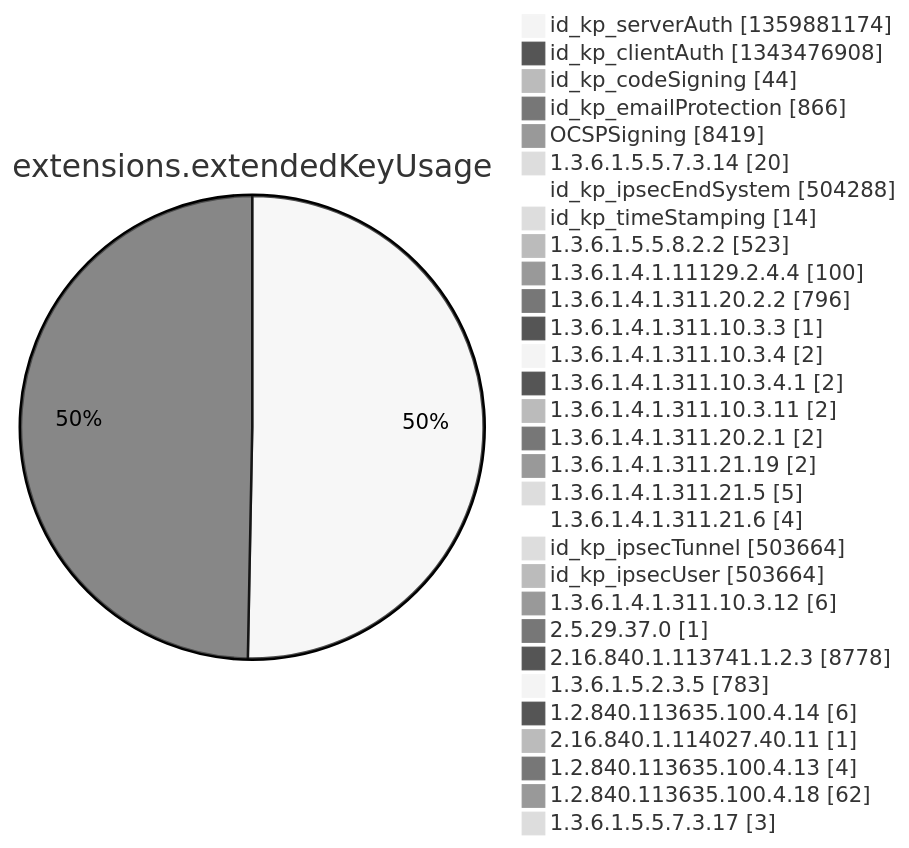
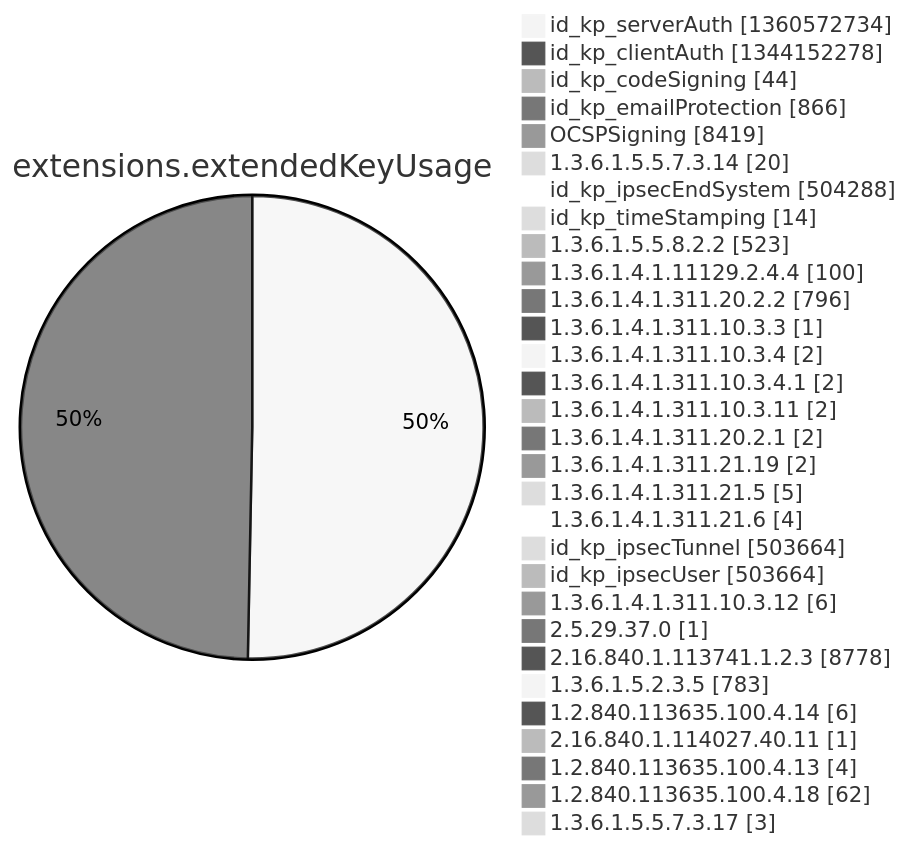
One commit to christiankrug/ctmonitor_visualization changed diagram 12 of 15 in argon2022/README.md. Above: the diagram before and after it, drawn with Mermaid (neutral theme). The commit also changed other lines of this file, not shown here.

````diff
--- a/argon2022/README.md
+++ b/argon2022/README.md
@@ -3553,34 +3553,34 @@
 ```mermaid
 pie showData
 title extensions.extendedKeyUsage
-"id_kp_serverAuth" :1359881174
-"id_kp_clientAuth" :1343476908
+"id_kp_serverAuth" :1360572734
+"id_kp_clientAuth" :1344152278
 "id_kp_codeSigning" :44
 "id_kp_emailProtection" :866
 "OCSPSigning" :8419
 "1.3.6.1.5.5.7.3.14" :20
 "id_kp_ipsecEndSystem" :504288
 "id_kp_timeStamping" :14
 "1.3.6.1.5.5.8.2.2" :523
 "1.3.6.1.4.1.11129.2.4.4" :100
 "1.3.6.1.4.1.311.20.2.2" :796
 "1.3.6.1.4.1.311.10.3.3" :1
 "1.3.6.1.4.1.311.10.3.4" :2
 "1.3.6.1.4.1.311.10.3.4.1" :2
 "1.3.6.1.4.1.311.10.3.11" :2
 "1.3.6.1.4.1.311.20.2.1" :2
 "1.3.6.1.4.1.311.21.19" :2
 "1.3.6.1.4.1.311.21.5" :5
 "1.3.6.1.4.1.311.21.6" :4
 "id_kp_ipsecTunnel" :503664
 "id_kp_ipsecUser" :503664
 "1.3.6.1.4.1.311.10.3.12" :6
 "2.5.29.37.0" :1
 "2.16.840.1.113741.1.2.3" :8778
 "1.3.6.1.5.2.3.5" :783
 "1.2.840.113635.100.4.14" :6
 "2.16.840.1.114027.40.11" :1
 "1.2.840.113635.100.4.13" :4
 "1.2.840.113635.100.4.18" :62
 "1.3.6.1.5.5.7.3.17" :3
 ```
````
